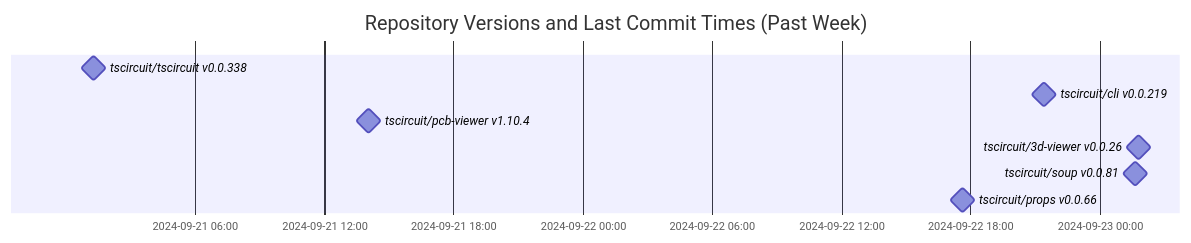
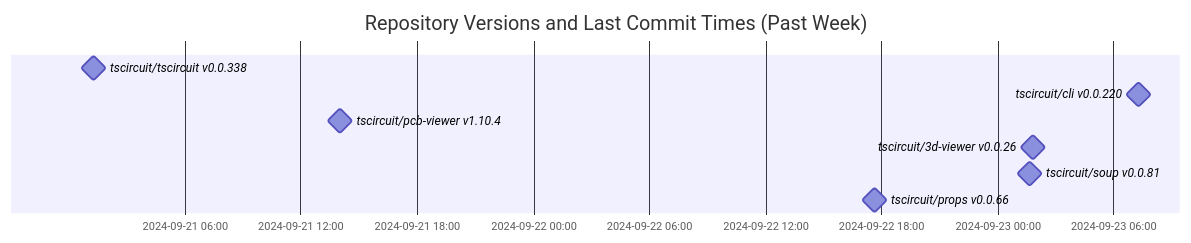
One commit to tscircuit/version-tracker changed the diagram in README.md. Above: the diagram before and after it, drawn with Mermaid.

Commit message:
Update chart

````diff
--- a/README.md
+++ b/README.md
@@ -1,13 +1,13 @@
 ```mermaid
 gantt
   dateFormat  YYYY-MM-DD HH:mm:ss
   title Repository Versions and Last Commit Times (Past Week)
   axisFormat %Y-%m-%d %H:%M
 
   tscircuit/tscircuit v0.0.338 : milestone, 2024-09-21 01:17:43, 1s
-  tscircuit/cli v0.0.219 : milestone, 2024-09-22 21:24:48, 1s
+  tscircuit/cli v0.0.220 : milestone, 2024-09-23 07:17:00, 1s
   tscircuit/pcb-viewer v1.10.4 : milestone, 2024-09-21 14:02:34, 1s
   tscircuit/3d-viewer v0.0.26 : milestone, 2024-09-23 01:48:28, 1s
   tscircuit/soup v0.0.81 : milestone, 2024-09-23 01:38:05, 1s
   tscircuit/props v0.0.66 : milestone, 2024-09-22 17:38:44, 1s
 ```
````
